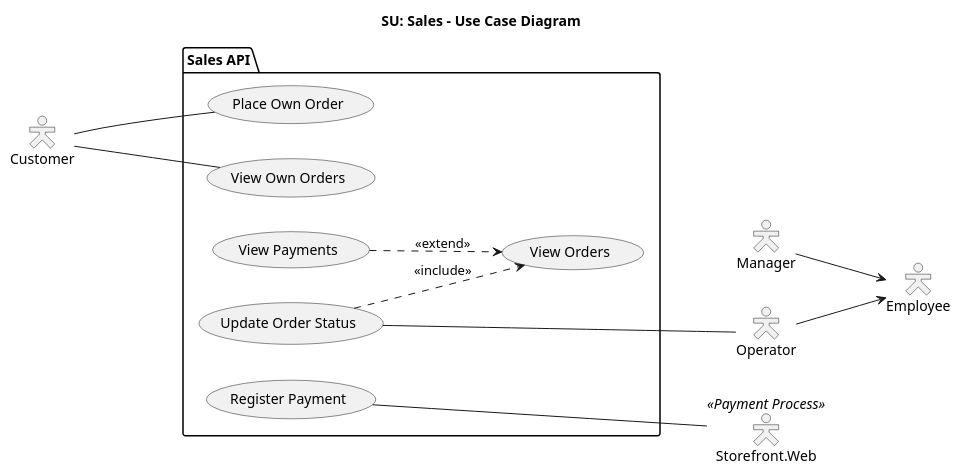
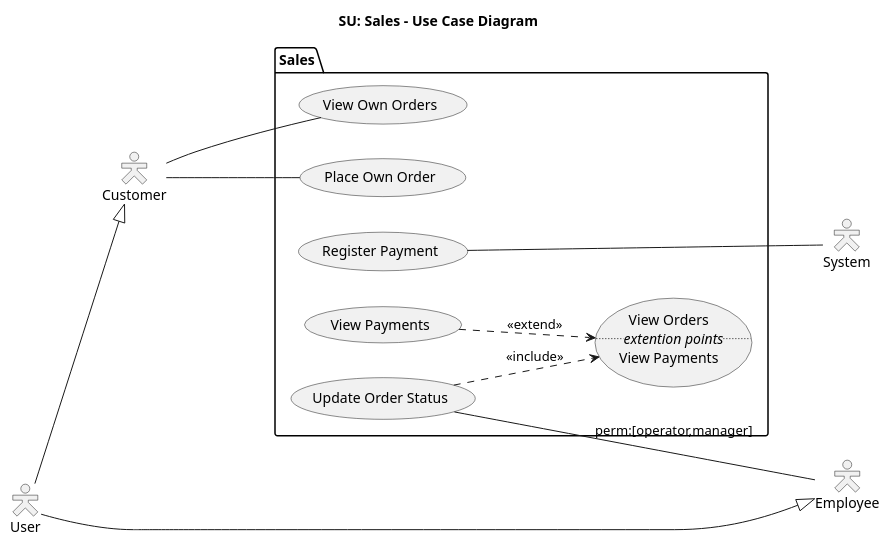
One commit to draganovik/matterway changed the diagram in docs/SU Sales - Use Case Diagram.puml. Above: the diagram before and after it, drawn with PlantUML. The commit also changed 3 other files, not shown here.

First line of the commit message:
Refactor use-case diagrams and actors

```diff
--- a/docs/SU Sales - Use Case Diagram.puml
+++ b/docs/SU Sales - Use Case Diagram.puml
@@ -1,39 +1,38 @@
 @startuml SUSalesUseCaseDiagram
 title SU: Sales - Use Case Diagram
 left to right direction
 skinparam shadowing false
 skinparam actorStyle hollow
 
-actor :Customer: as csmr
+actor user as "User"
+actor csmr as "Customer"
+actor empl as "Employee"
 
-rectangle #line:transparent {
-  actor :Employee: as empl
-  actor :Manager: as mngr
-  actor :Operator: as oprt
-}
-oprt --> empl
-mngr --> empl
+user --|> csmr
+user --|> empl
 
-actor "Storefront.Web" <<Payment Process>> as paymentProcess
+actor systm as "System"
 
-package "Sales API" {
-  usecase "Place Own Order" as placeOwnOrder
-  usecase "View Own Orders" as viewOwnOrders
+package "Sales" {
+  usecase placeOwnOrder as "Place Own Order"
+  usecase viewOwnOrders as "View Own Orders"
 
-  usecase "View Orders" as viewOrders
-  usecase "View Payments" as viewPayments
-  usecase "Update Order Status" as updateOrderStatus
+  usecase viewOrders as "View Orders
+                         ..<i>extention points</i>..
+                         View Payments"
+  usecase viewPayments as "View Payments"
+  usecase updateOrderStatus as "Update Order Status"
 
-  usecase "Register Payment" as registerPayment
+  usecase registerPayment as "Register Payment"
 
   viewPayments ..> viewOrders : <<extend>>
   updateOrderStatus ..> viewOrders : <<include>>
 }
 
 csmr --- placeOwnOrder
 csmr --- viewOwnOrders
 
-updateOrderStatus --- oprt
+updateOrderStatus --- empl : perm:[operator,manager]
 
-registerPayment --- paymentProcess
+registerPayment --- systm
 @enduml
```
